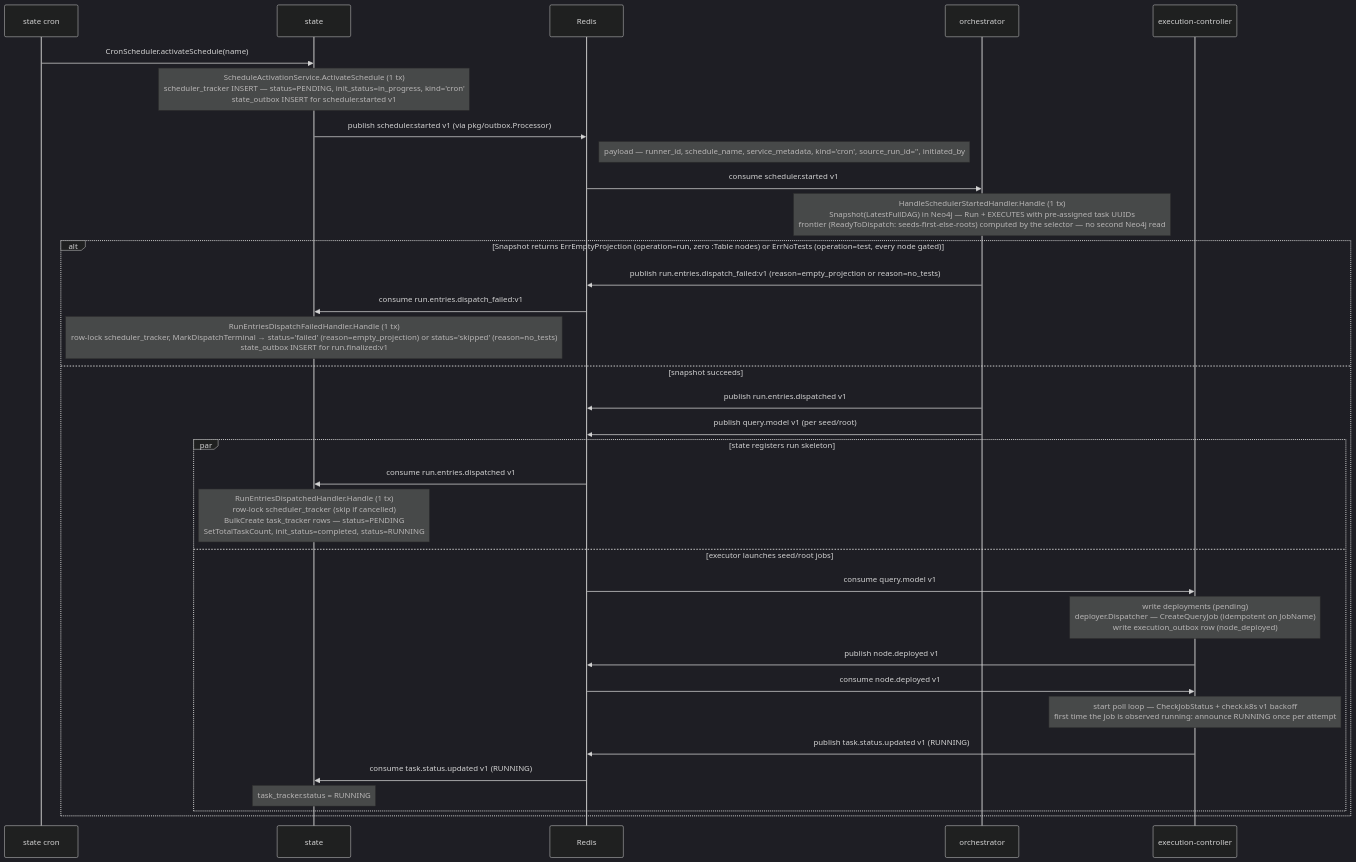
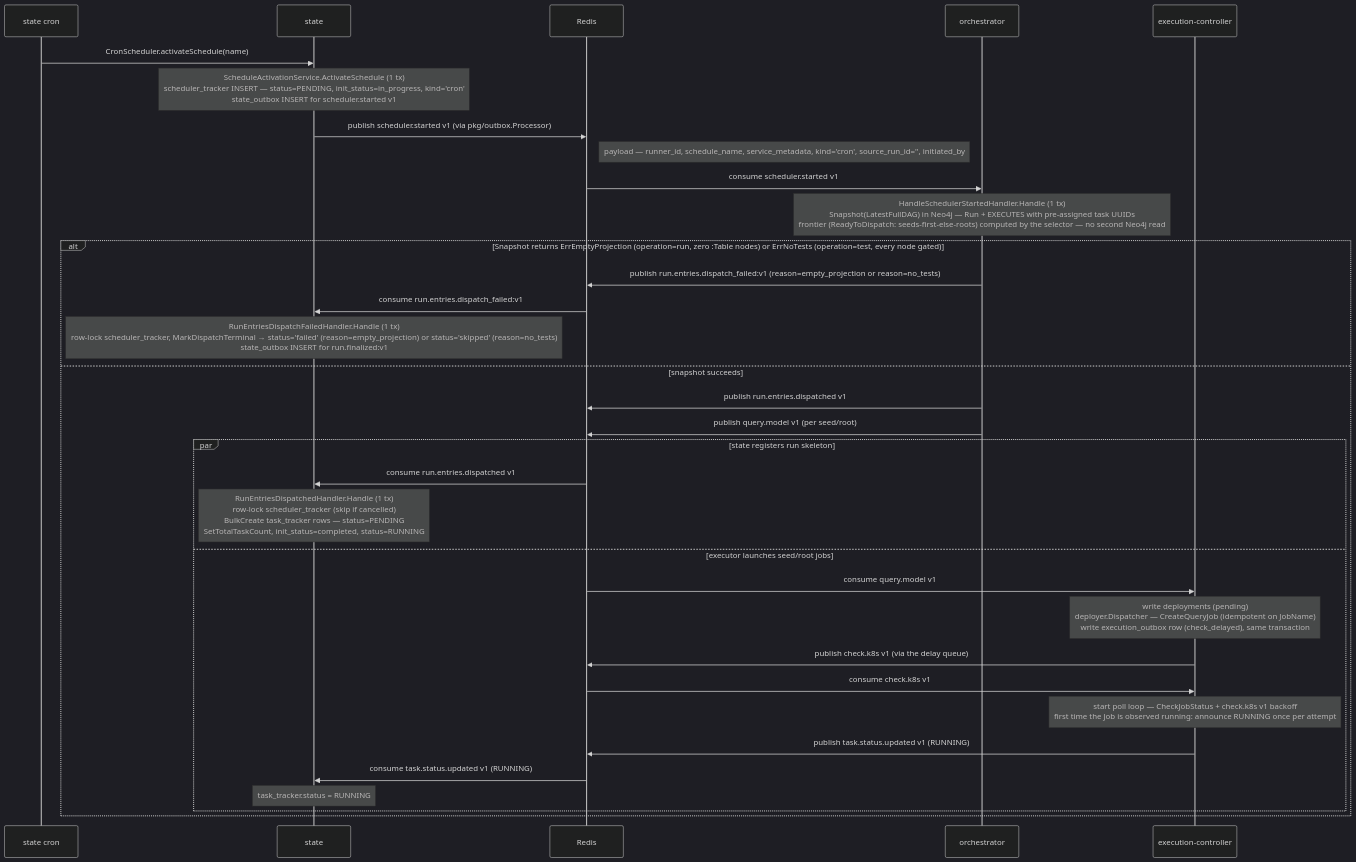
The first of 16 diagrams in docs/arch/03-sequence-flows.md (carolsimone/continuo), drawn with Mermaid (dark theme) before and after one commit. The commit also changed other lines of this file and 80 other files, not shown here.

````diff
--- a/docs/arch/03-sequence-flows.md
+++ b/docs/arch/03-sequence-flows.md
@@ -5,38 +5,38 @@
 ```mermaid
 sequenceDiagram
   participant Cron as state cron
   participant ST as state
   participant R as Redis
   participant OR as orchestrator
   participant EC as execution-controller
 
   Cron->>ST: CronScheduler.activateSchedule(name)
   Note over ST: ScheduleActivationService.ActivateSchedule (1 tx)<br/>scheduler_tracker INSERT — status=PENDING, init_status=in_progress, kind='cron'<br/>state_outbox INSERT for scheduler.started v1
   ST->>R: publish scheduler.started v1 (via pkg/outbox.Processor)
   Note right of R: payload — runner_id, schedule_name, service_metadata, kind='cron', source_run_id='', initiated_by
 
   R->>OR: consume scheduler.started v1
   Note over OR: HandleSchedulerStartedHandler.Handle (1 tx)<br/>Snapshot(LatestFullDAG) in Neo4j — Run + EXECUTES with pre-assigned task UUIDs<br/>frontier (ReadyToDispatch: seeds-first-else-roots) computed by the selector — no second Neo4j read
   alt Snapshot returns ErrEmptyProjection (operation=run, zero :Table nodes) or ErrNoTests (operation=test, every node gated)
     OR->>R: publish run.entries.dispatch_failed:v1 (reason=empty_projection or reason=no_tests)
     R->>ST: consume run.entries.dispatch_failed:v1
     Note over ST: RunEntriesDispatchFailedHandler.Handle (1 tx)<br/>row-lock scheduler_tracker, MarkDispatchTerminal → status='failed' (reason=empty_projection) or status='skipped' (reason=no_tests)<br/>state_outbox INSERT for run.finalized:v1
   else snapshot succeeds
     OR->>R: publish run.entries.dispatched v1
     OR->>R: publish query.model v1 (per seed/root)
 
     par state registers run skeleton
       R->>ST: consume run.entries.dispatched v1
       Note over ST: RunEntriesDispatchedHandler.Handle (1 tx)<br/>row-lock scheduler_tracker (skip if cancelled)<br/>BulkCreate task_tracker rows — status=PENDING<br/>SetTotalTaskCount, init_status=completed, status=RUNNING
     and executor launches seed/root jobs
       R->>EC: consume query.model v1
-      Note over EC: write deployments (pending)<br/>deployer.Dispatcher — CreateQueryJob (idempotent on JobName)<br/>write execution_outbox row (node_deployed)
-      EC->>R: publish node.deployed v1
-      R->>EC: consume node.deployed v1
+      Note over EC: write deployments (pending)<br/>deployer.Dispatcher — CreateQueryJob (idempotent on JobName)<br/>write execution_outbox row (check_delayed), same transaction
+      EC->>R: publish check.k8s v1 (via the delay queue)
+      R->>EC: consume check.k8s v1
       Note over EC: start poll loop — CheckJobStatus + check.k8s v1 backoff<br/>first time the Job is observed running: announce RUNNING once per attempt
       EC->>R: publish task.status.updated v1 (RUNNING)
       R->>ST: consume task.status.updated v1 (RUNNING)
       Note over ST: task_tracker.status = RUNNING
     end
   end
 ```
````
